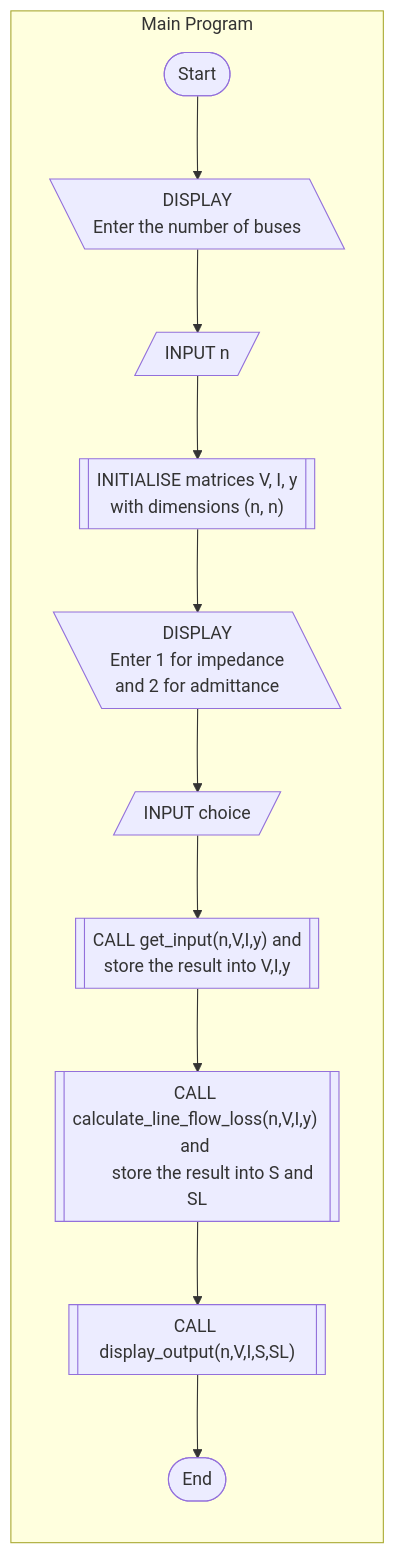
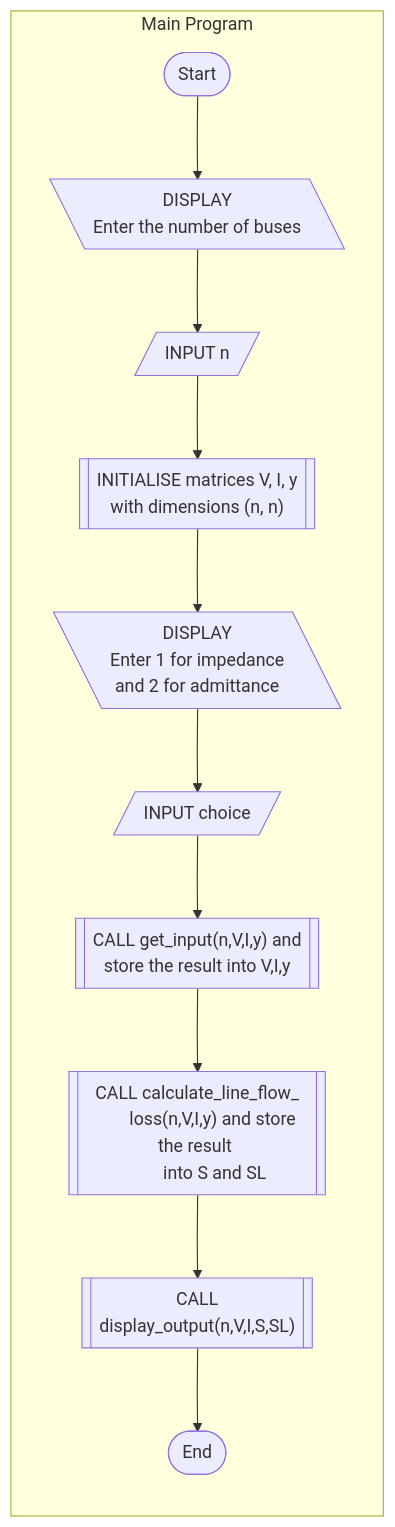
Before and after one commit to Sree2011/flowcharts-load-flow-analysis: the second of 4 diagrams in line-flows-and-losses.md, drawn with Mermaid.

```diff
--- a/line-flows-and-losses.md
+++ b/line-flows-and-losses.md
@@ -57,22 +57,24 @@
 <pre class="mermaid">
 graph LR
     subgraph "Main Program"
         direction TB
         A([Start])
         A --> B["DISPLAY 
         Enter the number of buses"]@{shape: lean-left}
         B --> C[INPUT n]@{shape: lean-right}
         C --> D[["INITIALISE matrices V, I, y 
         with dimensions (n, n)"]]
         D --> E["DISPLAY 
         Enter 1 for impedance 
         and 2 for admittance"]@{shape: lean-left}
         E --> F[INPUT choice]@{shape: lean-right}
         F --> G[["CALL get_input(n,V,I,y) and 
         store the result into V,I,y"]]
-        G --> H[["CALL calculate_line_flow_loss(n,V,I,y) and 
-        store the result into S and SL"]]
-        H --> I[["CALL display_output(n,V,I,S,SL)"]]
+        G --> H[["CALL calculate_line_flow_
+        loss(n,V,I,y) and store the result 
+        into S and SL"]]
+        H --> I[["CALL 
+        display_output(n,V,I,S,SL)"]]
         I --> J([End])
     end
 </pre>
```
